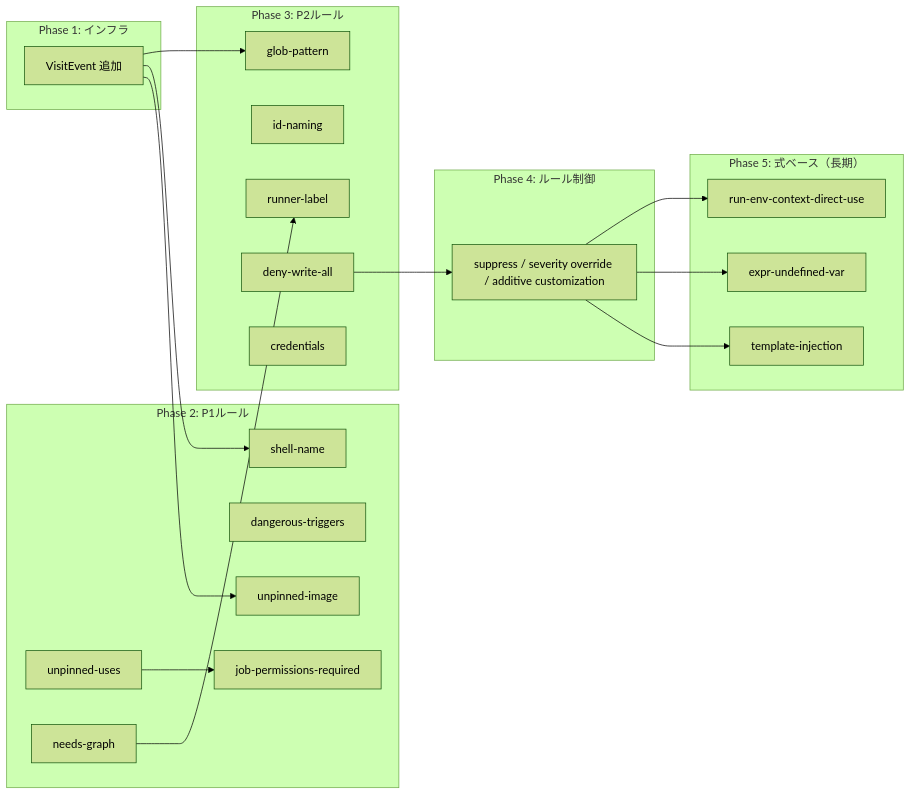
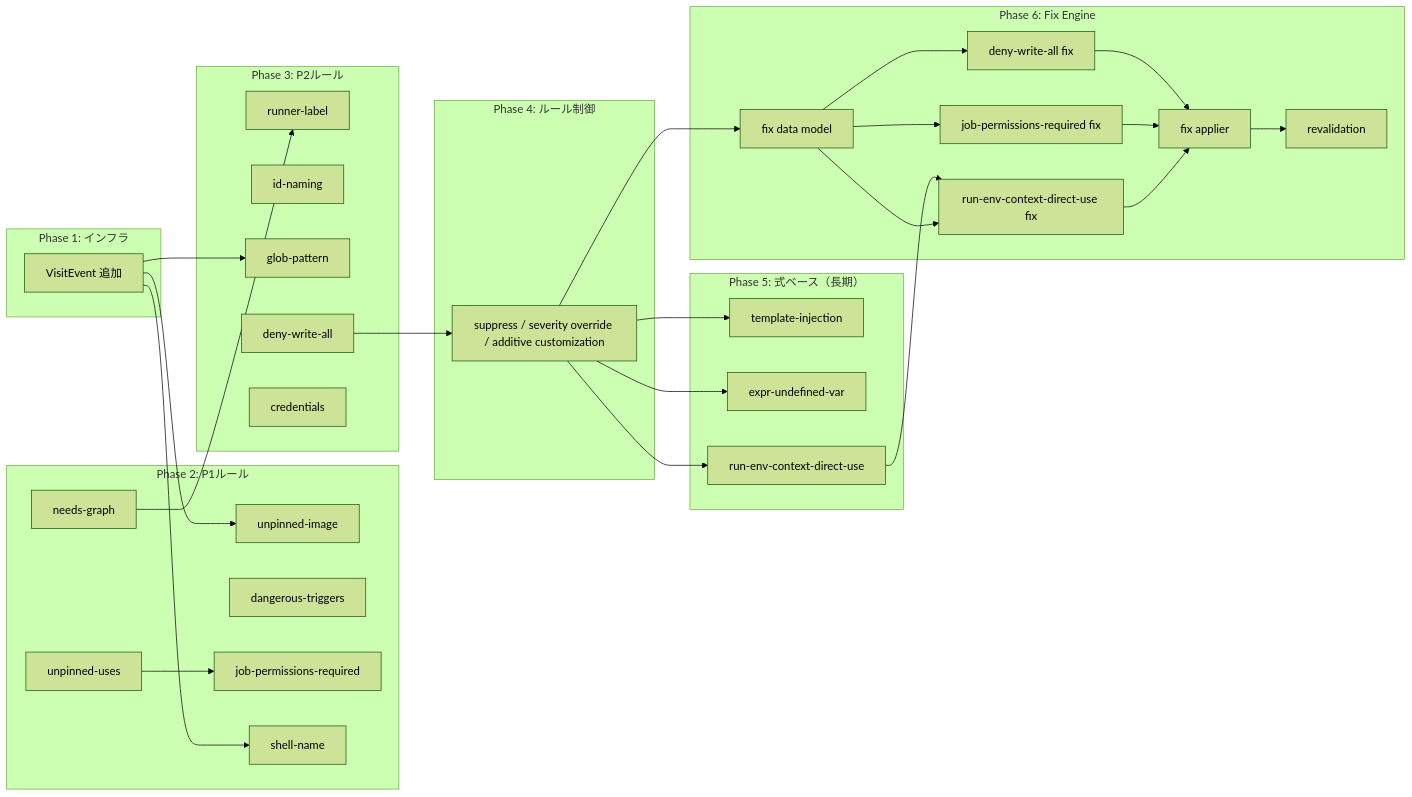
Before and after one commit to guitarrapc/seiton: the diagram in Docs/linter_implementation_csharp_plan.md, drawn with Mermaid (forest theme). The commit also changed other lines of this file, not shown here.

````diff
--- a/Docs/linter_implementation_csharp_plan.md
+++ b/Docs/linter_implementation_csharp_plan.md
@@ -480,38 +588,55 @@
 ```mermaid
 graph LR
 subgraph "Phase 1: インフラ"
   P1A["VisitEvent 追加"]
 end
 subgraph "Phase 2: P1ルール"
   P2A["unpinned-uses"]
   P2B["unpinned-image"]
   P2C["dangerous-triggers"]
   P2D["job-permissions-required"]
   P2E["needs-graph"]
   P2F["shell-name"]
 end
 subgraph "Phase 3: P2ルール"
   P3A["runner-label"]
   P3B["id-naming"]
   P3C["glob-pattern"]
   P3D["deny-write-all"]
   P3E["credentials"]
 end
 subgraph "Phase 4: ルール制御"
   P4["suppress / severity override / additive customization"]
 end
 subgraph "Phase 5: 式ベース（長期）"
   P5A["template-injection"]
   P5B["expr-undefined-var"]
   P5C["run-env-context-direct-use"]
 end
+subgraph "Phase 6: Fix Engine"
+  P6A["fix data model"]
+  P6B["deny-write-all fix"]
+  P6C["job-permissions-required fix"]
+  P6D["run-env-context-direct-use fix"]
+  P6E["fix applier"]
+  P6F["revalidation"]
+end
 P1A --> P2B
 P1A --> P2F
 P1A --> P3C
 P2A --> P2D
 P2E --> P3A
 P3D --> P4
 P4 --> P5A
 P4 --> P5B
 P4 --> P5C
+P4 --> P6A
+P5C --> P6D
+P6A --> P6B
+P6A --> P6C
+P6A --> P6D
+P6B --> P6E
+P6C --> P6E
+P6D --> P6E
+P6E --> P6F
 ```
````
